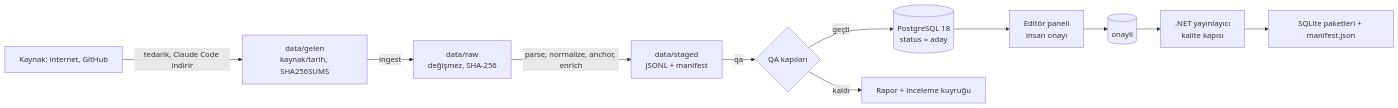
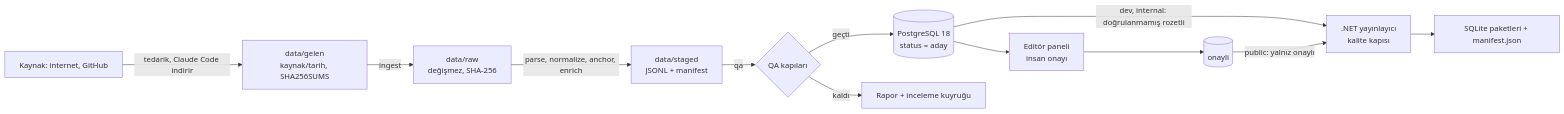
One commit to karasaid379-hue/mutalaa changed the diagram in docs/04-icerik/02-icerik-hatti.md. Above: the diagram before and after it, drawn with Mermaid. The commit also changed other lines of this file and 21 other files, not shown here.

````diff
--- a/docs/04-icerik/02-icerik-hatti.md
+++ b/docs/04-icerik/02-icerik-hatti.md
@@ -9,13 +9,14 @@
 ```mermaid
 flowchart LR
   K[Kaynak: internet, GitHub] -->|tedarik, Claude Code indirir| G[data/gelen<br/>kaynak/tarih, SHA256SUMS]
   G -->|ingest| R[data/raw<br/>değişmez, SHA-256]
   R -->|parse, normalize, anchor, enrich| S[data/staged<br/>JSONL + manifest]
   S -->|qa| Q{QA kapıları}
   Q -- geçti --> P[(PostgreSQL 18<br/>status = aday)]
   Q -- kaldı --> X[Rapor + inceleme kuyruğu]
   P --> E[Editör paneli<br/>insan onayı]
   E --> P2[(onayli)]
-  P2 --> Y[.NET yayınlayıcı<br/>kalite kapısı]
+  P -->|"dev, internal: doğrulanmamış rozetli"| Y[.NET yayınlayıcı<br/>kalite kapısı]
+  P2 -->|"public: yalnız onaylı"| Y
   Y --> Z[SQLite paketleri + manifest.json]
 ```
````
